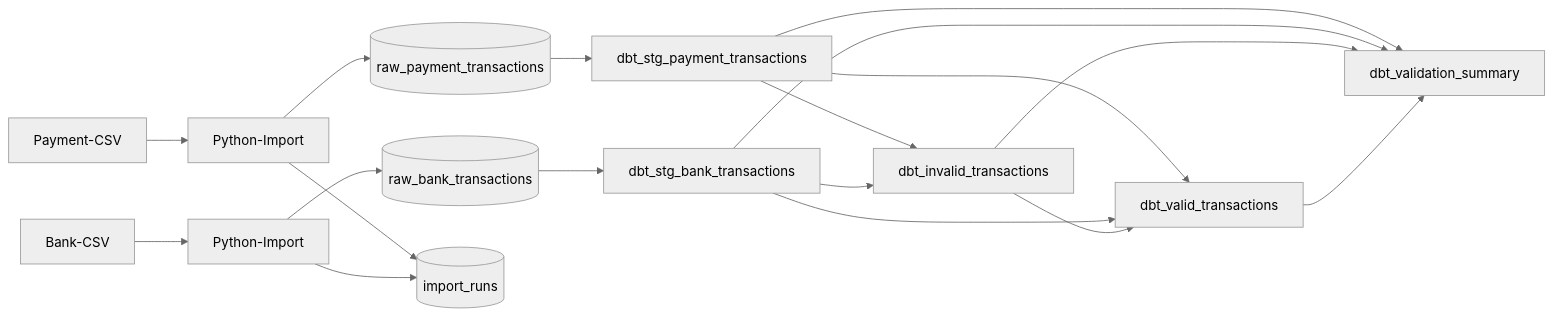
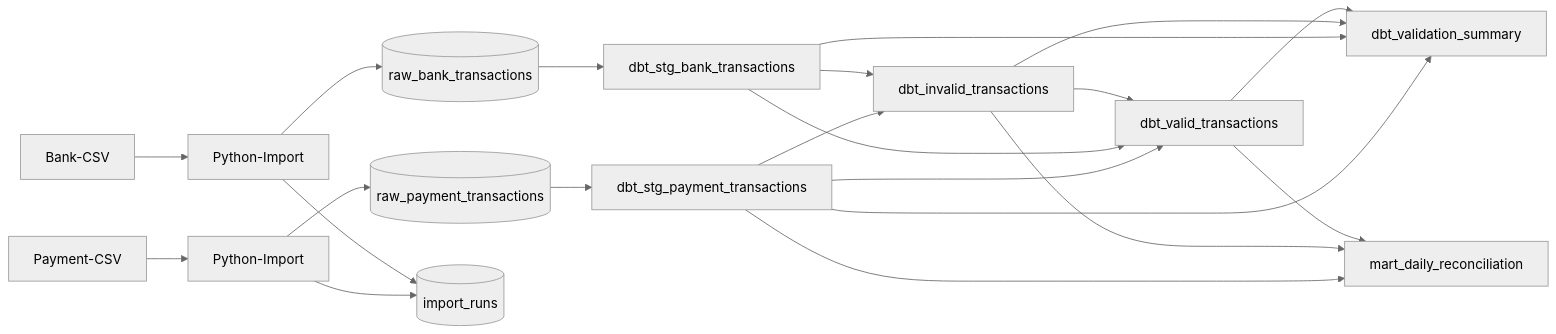
The diagram in README.md (Titi9625/sql-transaktionsvalidierung), drawn with Mermaid (neutral theme) before and after one commit. The commit also changed other lines of this file and 4 other files, not shown here.

Commit message:
Add daily payment reporting mart with documented metrics and consistency tests

````diff
--- a/README.md
+++ b/README.md
@@ -27,20 +29,23 @@
 ```mermaid
 flowchart LR
     P[Payment-CSV] --> IP[Python-Import]
     B[Bank-CSV] --> IB[Python-Import]
     IP --> RP[(raw_payment_transactions)]
     IB --> RB[(raw_bank_transactions)]
     IP --> L[(import_runs)]
     IB --> L
     RP --> SP[dbt_stg_payment_transactions]
     RB --> SB[dbt_stg_bank_transactions]
     SP --> I[dbt_invalid_transactions]
     SB --> I
     SP --> V[dbt_valid_transactions]
     SB --> V
     I --> V
     SP --> S[dbt_validation_summary]
     SB --> S
     I --> S
     V --> S
+    SP --> M[mart_daily_reconciliation]
+    I --> M
+    V --> M
 ```
````
